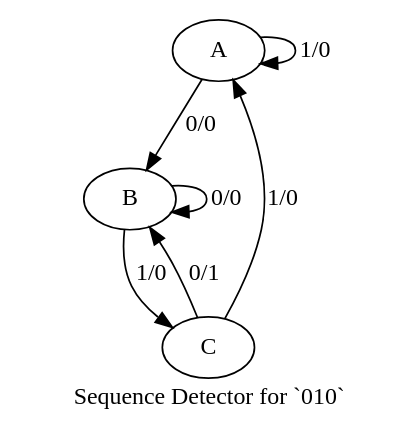
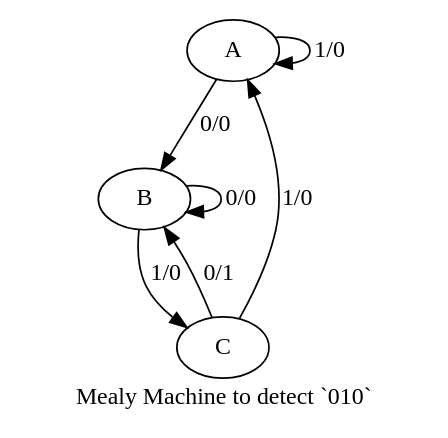
One commit to say4n/fsmutil changed the diagram in seq2fsm/output/mealy_fsm_for_010.dot. Above: the diagram before and after it, drawn with Graphviz. The commit also changed 13 other files, not shown here.

```diff
--- a/seq2fsm/output/mealy_fsm_for_010.dot
+++ b/seq2fsm/output/mealy_fsm_for_010.dot
@@ -1,15 +1,15 @@
 digraph "" {
-	graph [label="Sequence Detector for `010`"];
+	graph [label="Mealy Machine to detect `010`"];
 	A -> A [key=0,
 	label="1/0"];
 A -> B [key=0,
 label="0/0"];
 B -> B [key=0,
 label="0/0"];
 B -> C [key=0,
 label="1/0"];
 C -> A [key=0,
 label="1/0"];
 C -> B [key=0,
 label="0/1"];
 }
```
